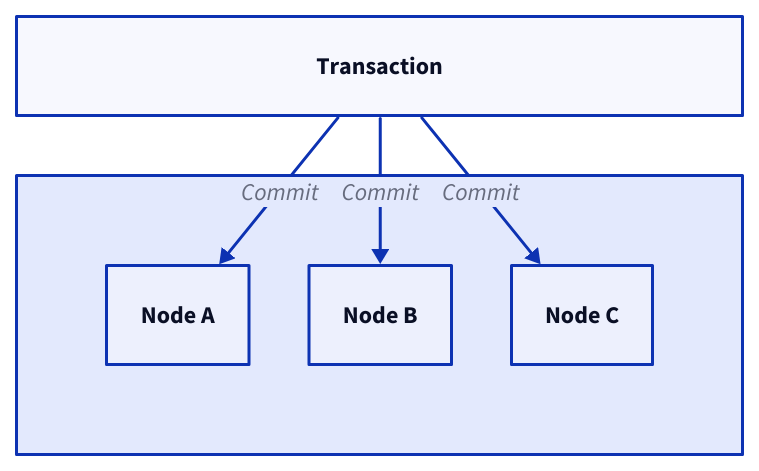
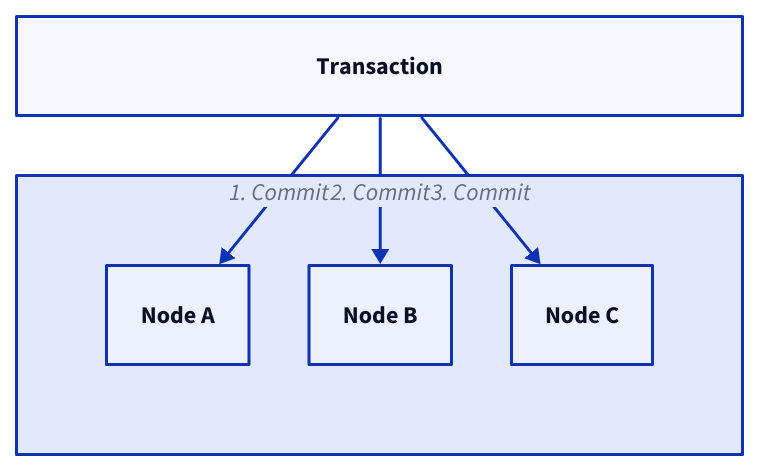
Before and after one commit to link1905/system-design-101: the third of 3 diagrams in content/design-patterns/distributed-transaction/_index.md, drawn with D2. The commit also changed other lines of this file and 42 other files, not shown here.

````diff
--- a/content/design-patterns/distributed-transaction/_index.md
+++ b/content/design-patterns/distributed-transaction/_index.md
@@ -88,21 +82,21 @@
 ```d2
 grid-columns: 1
 p: Transaction {
     class: process
 }
 n: "" {
     grid-rows: 1
     n1: Node A {
         class: server
     }
     n2: Node B {
         class: server
     }
     n3: Node C {
         class: server
     }
 }
-p -> n.n1: Commit
-p -> n.n2: Commit
-p -> n.n3: Commit
+p -> n.n1: 1. Commit
+p -> n.n2: 2. Commit
+p -> n.n3: 3. Commit
 ```
````
